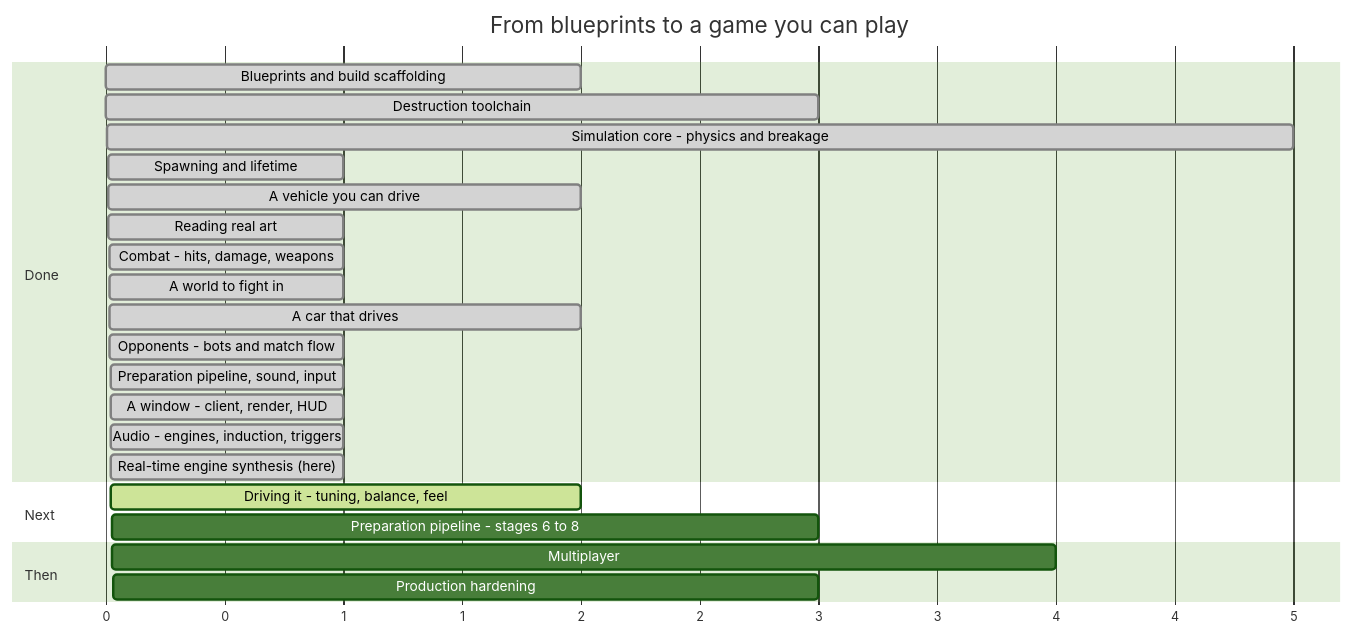
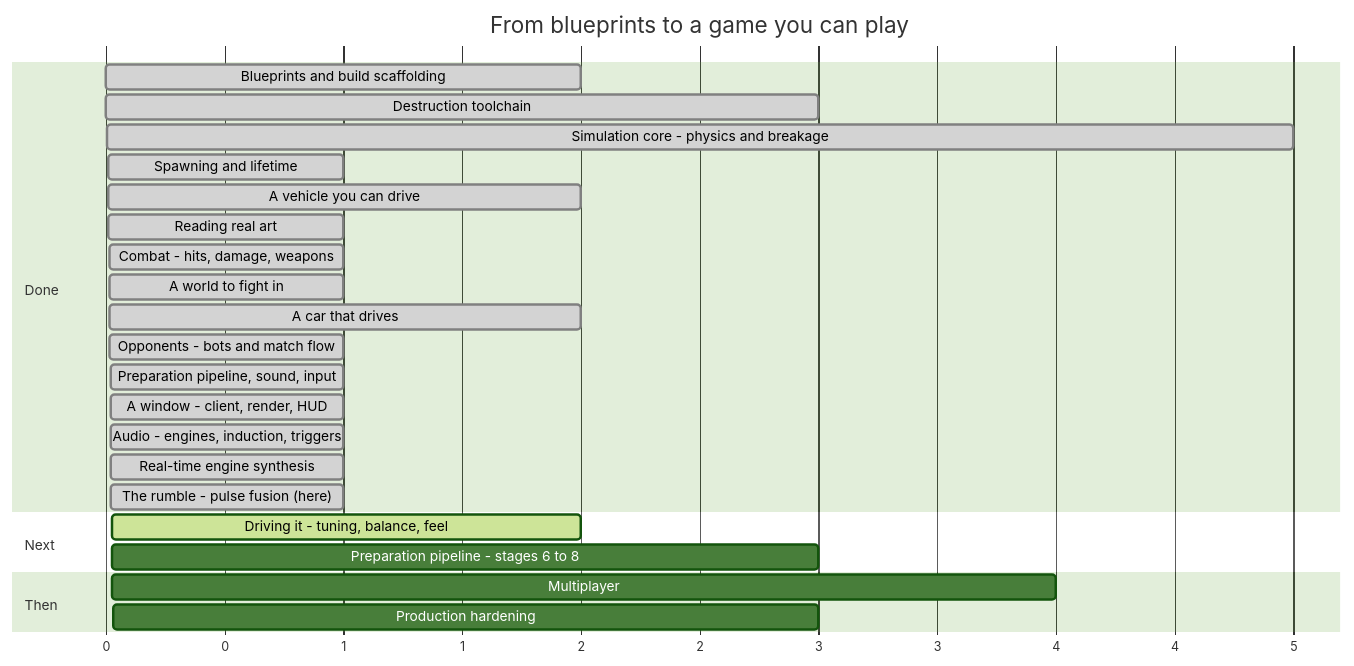
One commit to RobLobsta/Syndicate changed the diagram in ROADMAP.md. Above: the diagram before and after it, drawn with Mermaid (forest theme). The commit also changed other lines of this file and 10 other files, not shown here.

````diff
--- a/ROADMAP.md
+++ b/ROADMAP.md
@@ -18,30 +18,31 @@
 ```mermaid
 gantt
     title From blueprints to a game you can play
     dateFormat X
     axisFormat %s
 
     section Done
     Blueprints and build scaffolding        :done, p0, 0, 2
     Destruction toolchain                   :done, p1, 2, 3
     Simulation core - physics and breakage   :done, p2, 5, 5
     Spawning and lifetime                   :done, p3, 10, 1
     A vehicle you can drive                 :done, p4, 11, 2
     Reading real art                        :done, p6a, 13, 1
     Combat - hits, damage, weapons          :done, p5, 14, 1
     A world to fight in                     :done, p6, 15, 1
     A car that drives                       :done, p6b, 16, 2
     Opponents - bots and match flow         :done, p8, 18, 1
     Preparation pipeline, sound, input      :done, p6c, 19, 1
     A window - client, render, HUD          :done, p7, 20, 1
     Audio - engines, induction, triggers    :done, p7b, 21, 1
-    Real-time engine synthesis (here)       :done, p7c, 22, 1
+    Real-time engine synthesis              :done, p7c, 22, 1
+    The rumble - pulse fusion (here)        :done, p7d, 23, 1
 
     section Next
-    Driving it - tuning, balance, feel      :active, p11, 23, 2
-    Preparation pipeline - stages 6 to 8    :p6d, 24, 3
+    Driving it - tuning, balance, feel      :active, p11, 24, 2
+    Preparation pipeline - stages 6 to 8    :p6d, 25, 3
 
     section Then
-    Multiplayer                             :p9, 26, 4
-    Production hardening                    :p10, 30, 3
+    Multiplayer                             :p9, 27, 4
+    Production hardening                    :p10, 31, 3
 ```
````
